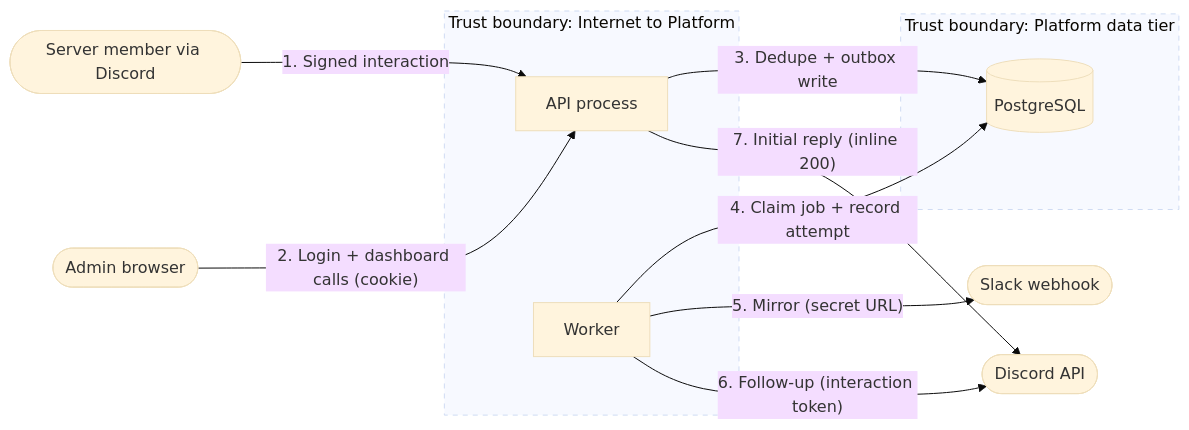
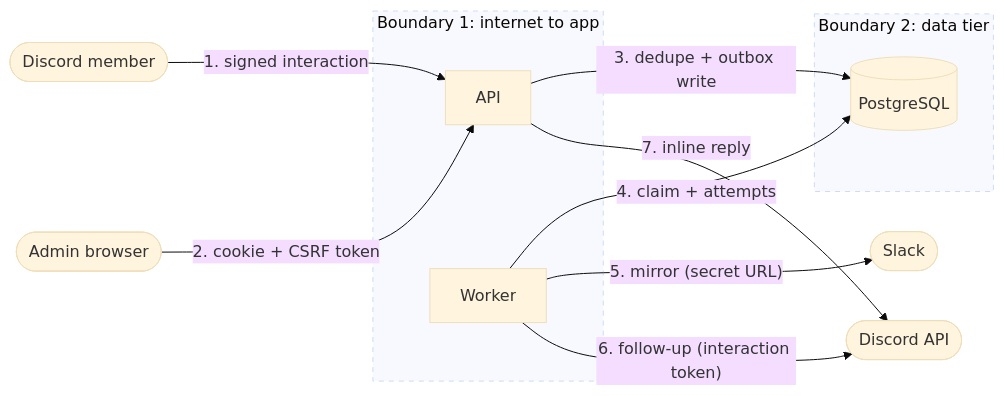
One commit to RohanUrankar/discord-report-line changed the fourth of 17 diagrams in architecture/docs/DESIGN.md. Above: the diagram before and after it, drawn with Mermaid (base theme). The commit also changed other lines of this file, not shown here.

````diff
--- a/architecture/docs/DESIGN.md
+++ b/architecture/docs/DESIGN.md
@@ -187,24 +201,24 @@
 ```mermaid
 flowchart LR
-    member(["Server member via Discord"])
+    member(["Discord member"])
     adminUser(["Admin browser"])
-    subgraph tb1["Trust boundary: Internet to Platform"]
-        api["API process"]
+    subgraph tb1["Boundary 1: internet to app"]
+        api["API"]
         worker["Worker"]
     end
-    subgraph tb2["Trust boundary: Platform data tier"]
+    subgraph tb2["Boundary 2: data tier"]
         db[("PostgreSQL")]
     end
-    slack(["Slack webhook"])
+    slack(["Slack"])
     discord(["Discord API"])
 
-    member -->|"1. Signed interaction"| api
-    adminUser -->|"2. Login + dashboard calls (cookie)"| api
-    api -->|"3. Dedupe + outbox write"| db
-    worker -->|"4. Claim job + record attempt"| db
-    worker -->|"5. Mirror (secret URL)"| slack
-    worker -->|"6. Follow-up (interaction token)"| discord
-    api -->|"7. Initial reply (inline 200)"| discord
+    member -->|"1. signed interaction"| api
+    adminUser -->|"2. cookie + CSRF token"| api
+    api -->|"3. dedupe + outbox write"| db
+    worker -->|"4. claim + attempts"| db
+    worker -->|"5. mirror (secret URL)"| slack
+    worker -->|"6. follow-up (interaction token)"| discord
+    api -->|"7. inline reply"| discord
     style tb1 stroke-dasharray: 5 5
     style tb2 stroke-dasharray: 5 5
 ```
````
